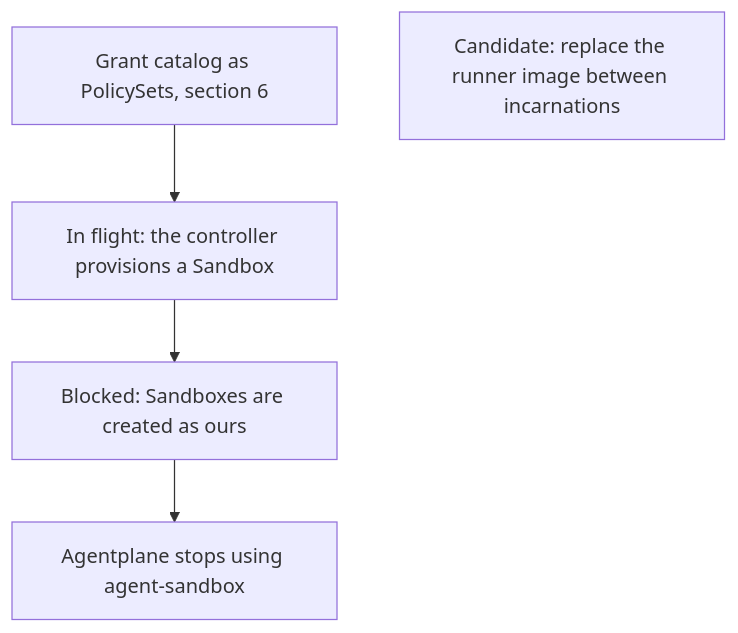
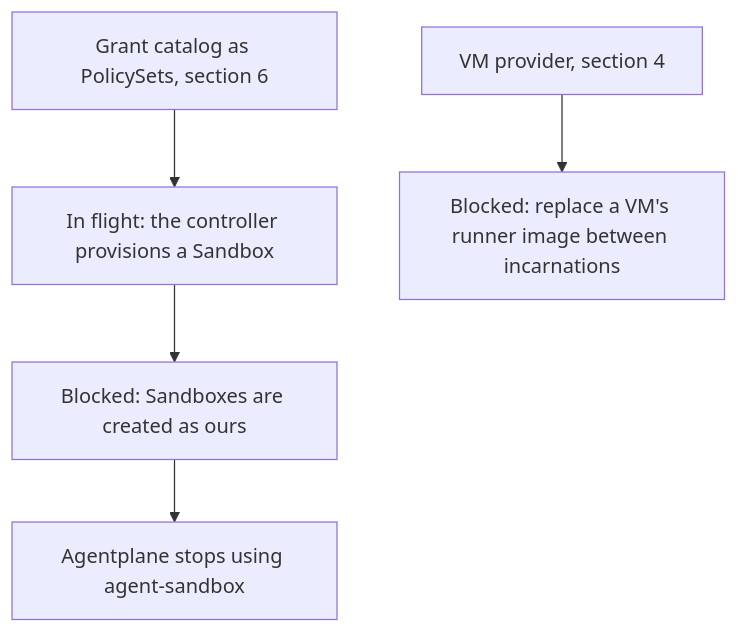
Before and after one commit to agentydragon/ducktape: the tenth of 14 diagrams in agentplane/plans/task_dag.md, drawn with Mermaid. The commit also changed other lines of this file and 20 other files, not shown here.

````diff
--- a/agentplane/plans/task_dag.md
+++ b/agentplane/plans/task_dag.md
@@ -658,9 +658,9 @@
 ```mermaid
 flowchart TD
     SANDBOX_CONTROLLER_PROVISIONING[In flight: the controller provisions a Sandbox]
     KUBERNETES_POLICY_SETS[Grant catalog as PolicySets, section 6] --> SANDBOX_CONTROLLER_PROVISIONING
-    SANDBOX_IMAGE_REPLACE[Candidate: replace the runner image between incarnations]
+    VM_PROVIDER[VM provider, section 4] --> SANDBOX_IMAGE_REPLACE[Blocked: replace a VM's runner image between incarnations]
     SANDBOX_CREATE_CUTOVER[Blocked: Sandboxes are created as ours]
     SANDBOX_CONTROLLER_PROVISIONING --> SANDBOX_CREATE_CUTOVER
     SANDBOX_CREATE_CUTOVER --> AGENT_SANDBOX_RETIRE[Agentplane stops using agent-sandbox]
 ```
````
